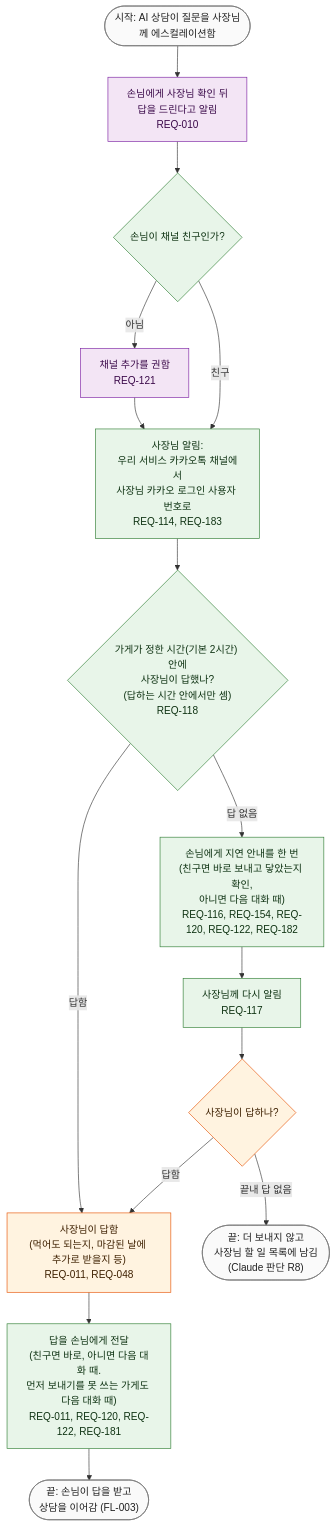
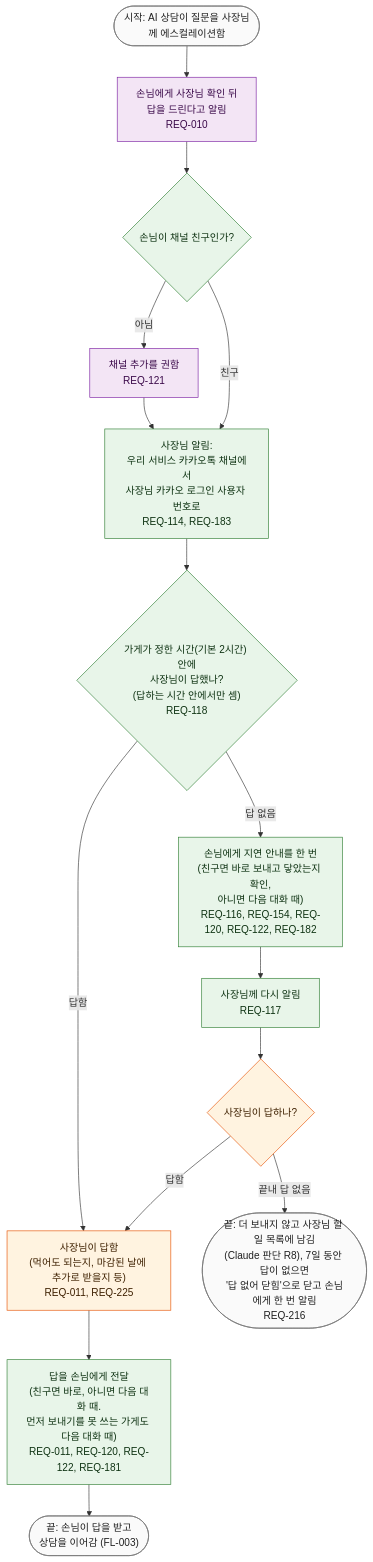
Before and after one commit to kodonghui/siljang.ai: the diagram in docs/03-user-flow/FL-005-handed-off-question.md, drawn with Mermaid. The commit also changed other lines of this file and 13 other files, not shown here.

````diff
--- a/docs/03-user-flow/FL-005-handed-off-question.md
+++ b/docs/03-user-flow/FL-005-handed-off-question.md
@@ -20,35 +20,35 @@
 ```mermaid
 flowchart TD
   S(["시작: AI 상담이 질문을 사장님께 에스컬레이션함"])
   H1["손님에게 사장님 확인 뒤<br/>답을 드린다고 알림<br/>REQ-010"]
   D1{"손님이 채널 친구인가?"}
   H2["채널 추가를 권함<br/>REQ-121"]
   H3["사장님 알림:<br/>우리 서비스 카카오톡 채널에서<br/>사장님 카카오 로그인 사용자 번호로<br/>REQ-114, REQ-183"]
   D2{"가게가 정한 시간(기본 2시간) 안에<br/>사장님이 답했나?<br/>(답하는 시간 안에서만 셈)<br/>REQ-118"}
   H4["손님에게 지연 안내를 한 번<br/>(친구면 바로 보내고 닿았는지 확인,<br/>아니면 다음 대화 때)<br/>REQ-116, REQ-154, REQ-120, REQ-122, REQ-182"]
   H5["사장님께 다시 알림<br/>REQ-117"]
   D3{"사장님이 답하나?"}
-  E0(["끝: 더 보내지 않고<br/>사장님 할 일 목록에 남김<br/>(Claude 판단 R8)"])
-  H6["사장님이 답함<br/>(먹어도 되는지, 마감된 날에 추가로 받을지 등)<br/>REQ-011, REQ-048"]
+  E0(["끝: 더 보내지 않고 사장님 할 일 목록에 남김<br/>(Claude 판단 R8), 7일 동안 답이 없으면<br/>'답 없어 닫힘'으로 닫고 손님에게 한 번 알림<br/>REQ-216"])
+  H6["사장님이 답함<br/>(먹어도 되는지, 마감된 날에 추가로 받을지 등)<br/>REQ-011, REQ-225"]
   H7["답을 손님에게 전달<br/>(친구면 바로, 아니면 다음 대화 때.<br/>먼저 보내기를 못 쓰는 가게도 다음 대화 때)<br/>REQ-011, REQ-120, REQ-122, REQ-181"]
   E1(["끝: 손님이 답을 받고<br/>상담을 이어감 (FL-003)"])
 
   S --> H1 --> D1
   D1 -->|"아님"| H2 --> H3
   D1 -->|"친구"| H3
   H3 --> D2
   D2 -->|"답함"| H6
   D2 -->|"답 없음"| H4 --> H5 --> D3
   D3 -->|"답함"| H6
   D3 -->|"끝내 답 없음"| E0
   H6 --> H7 --> E1
 
   classDef owner fill:#fff3e0,stroke:#e65100,color:#3e2000
   classDef ai fill:#f3e5f5,stroke:#7b1fa2,color:#3b0a4a
   classDef svc fill:#e8f5e9,stroke:#2e7d32,color:#0f3313
   classDef term fill:#fafafa,stroke:#757575,color:#212121
   class D3,H6 owner
   class H1,H2 ai
   class D1,H3,D2,H4,H5,H7 svc
   class S,E0,E1 term
 ```
````
